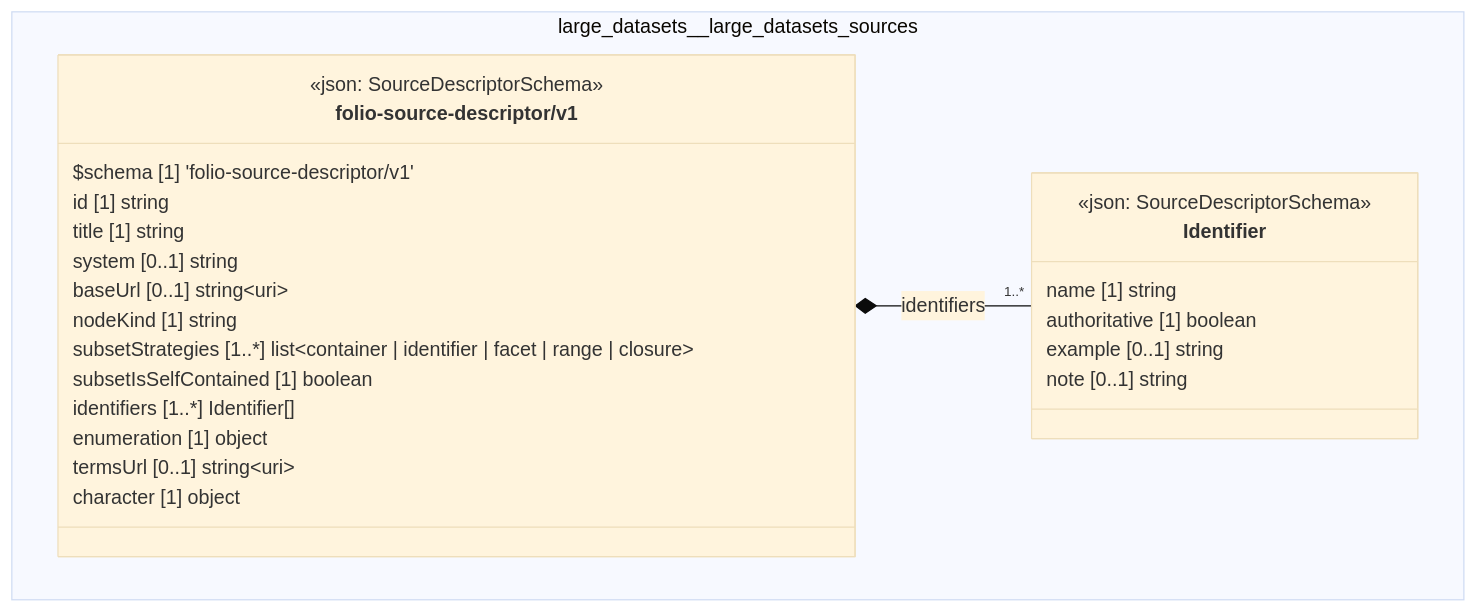
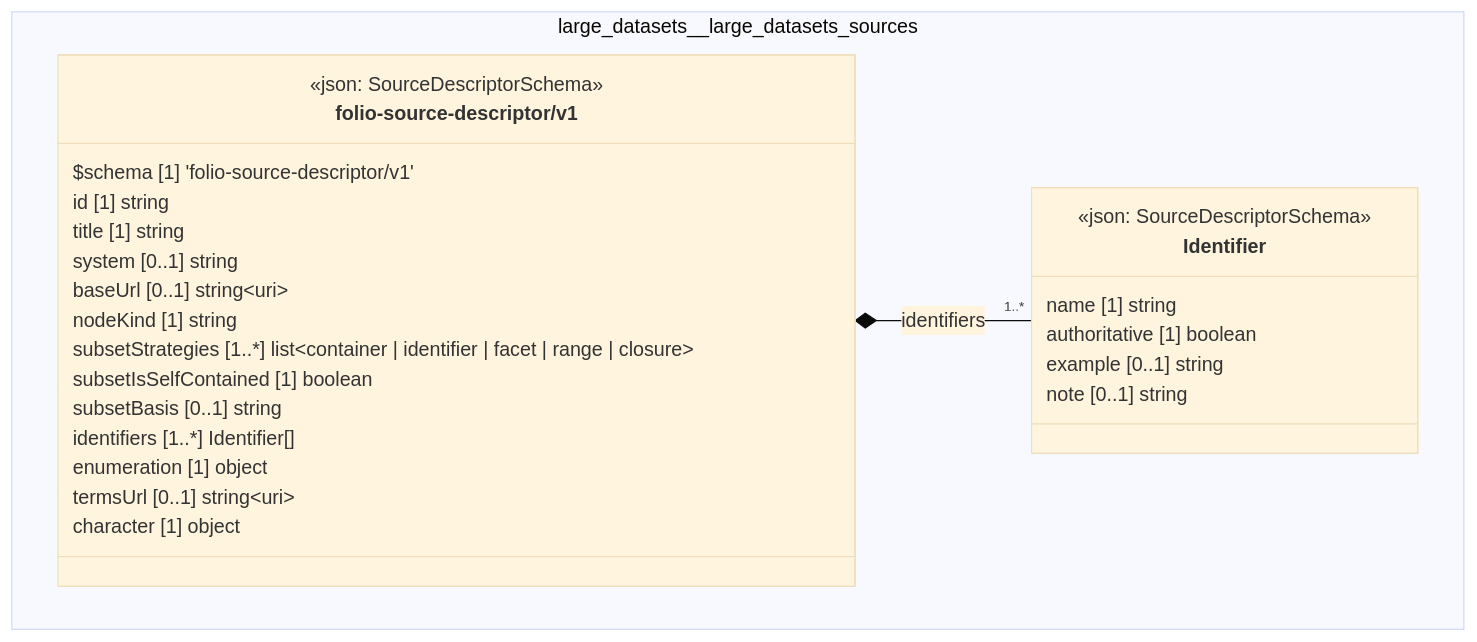
One commit to litlfred/folio-assistant changed the diagram in cat-harness/docs/uml/overview/large-datasets/large-datasets-sources.md. Above: the diagram before and after it, drawn with Mermaid (base theme). The commit also changed 27 other files, not shown here.

First line of the commit message:
w5bn: the mathlib descriptor passes its schema, and materialize-remote calls the descriptor

````diff
--- a/cat-harness/docs/uml/overview/large-datasets/large-datasets-sources.md
+++ b/cat-harness/docs/uml/overview/large-datasets/large-datasets-sources.md
@@ -39,31 +39,32 @@
 ```mermaid
 classDiagram
   direction TB
   namespace large_datasets__large_datasets_sources {
     class large_datasets_large_datasets_sources_folio_source_descriptor_v1_Identifier["Identifier"] {
       <<json: SourceDescriptorSchema>>
       name [1] string
       authoritative [1] boolean
       example [0..1] string
       note [0..1] string
     }
     class large_datasets_large_datasets_sources_folio_source_descriptor_v1_folio_source_descriptor_v1["folio-source-descriptor/v1"] {
       <<json: SourceDescriptorSchema>>
       $schema [1] 'folio-source-descriptor/v1'
       id [1] string
       title [1] string
       system [0..1] string
       baseUrl [0..1] string~uri~
       nodeKind [1] string
       subsetStrategies [1..*] list~container | identifier | facet | range | closure~
       subsetIsSelfContained [1] boolean
+      subsetBasis [0..1] string
       identifiers [1..*] Identifier[]
       enumeration [1] object
       termsUrl [0..1] string~uri~
       character [1] object
     }
   }
   large_datasets_large_datasets_sources_folio_source_descriptor_v1_folio_source_descriptor_v1 *-- "1..*" large_datasets_large_datasets_sources_folio_source_descriptor_v1_Identifier : identifiers
   cssClass "large_datasets_large_datasets_sources_folio_source_descriptor_v1_Identifier" fa_uml_kind_schemas
   cssClass "large_datasets_large_datasets_sources_folio_source_descriptor_v1_folio_source_descriptor_v1" fa_uml_kind_schemas
 ```
````
